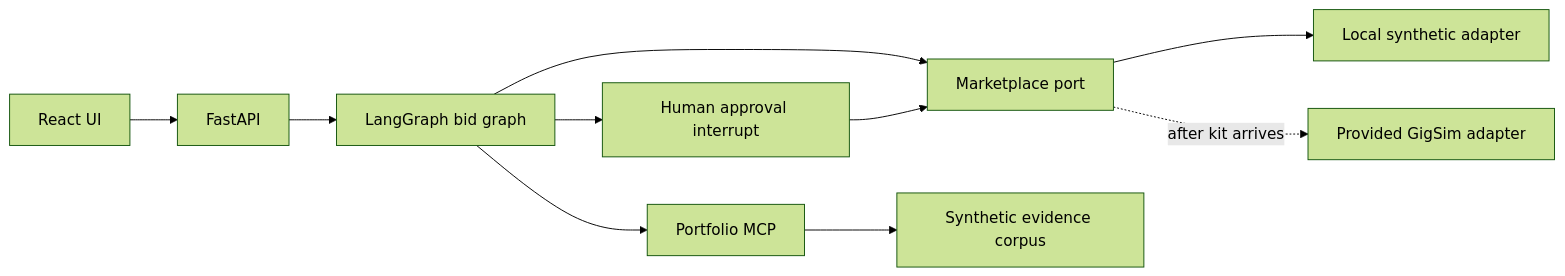
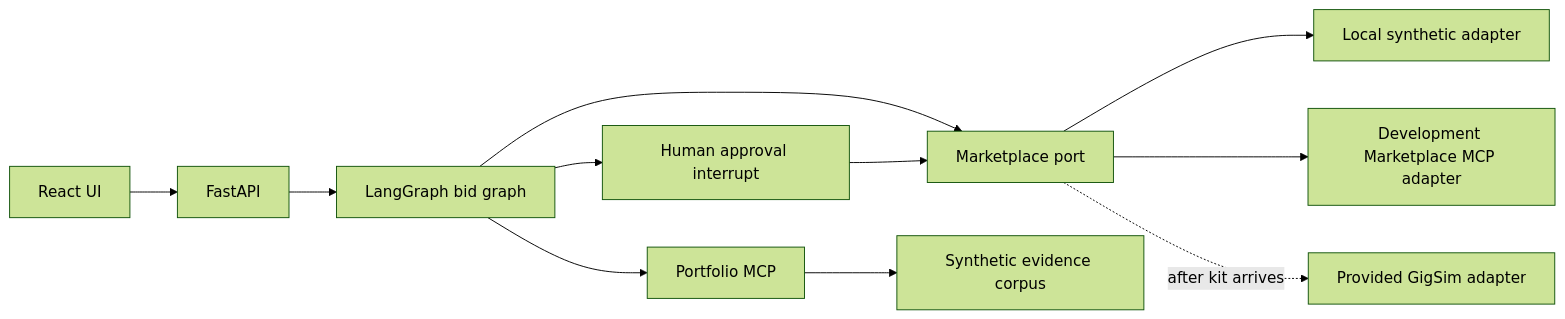
The diagram in docs/ARCHITECTURE.md (FazalZamanKhan/gigbid), drawn with Mermaid (forest theme) before and after one commit. The commit also changed other lines of this file and 12 other files, not shown here.

Commit message:
Route synthetic marketplace operations through MCP

````diff
--- a/docs/ARCHITECTURE.md
+++ b/docs/ARCHITECTURE.md
@@ -3,12 +3,13 @@
 ```mermaid
 flowchart LR
     Web[React UI] --> API[FastAPI]
     API --> Bid[LangGraph bid graph]
     Bid --> Port[Marketplace port]
     Port --> Demo[Local synthetic adapter]
+    Port --> MarketplaceMCP[Development Marketplace MCP adapter]
     Port -. after kit arrives .-> GigSim[Provided GigSim adapter]
     Bid --> Portfolio[Portfolio MCP]
     Portfolio --> Retrieval[Synthetic evidence corpus]
     Bid --> Gate[Human approval interrupt]
     Gate --> Port
 ```
````
